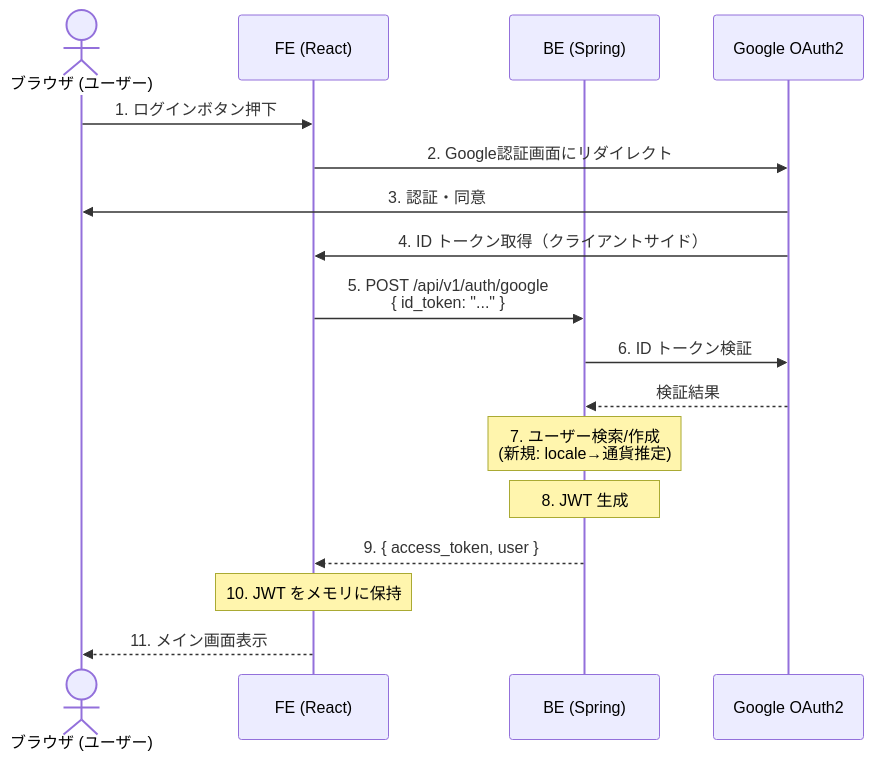
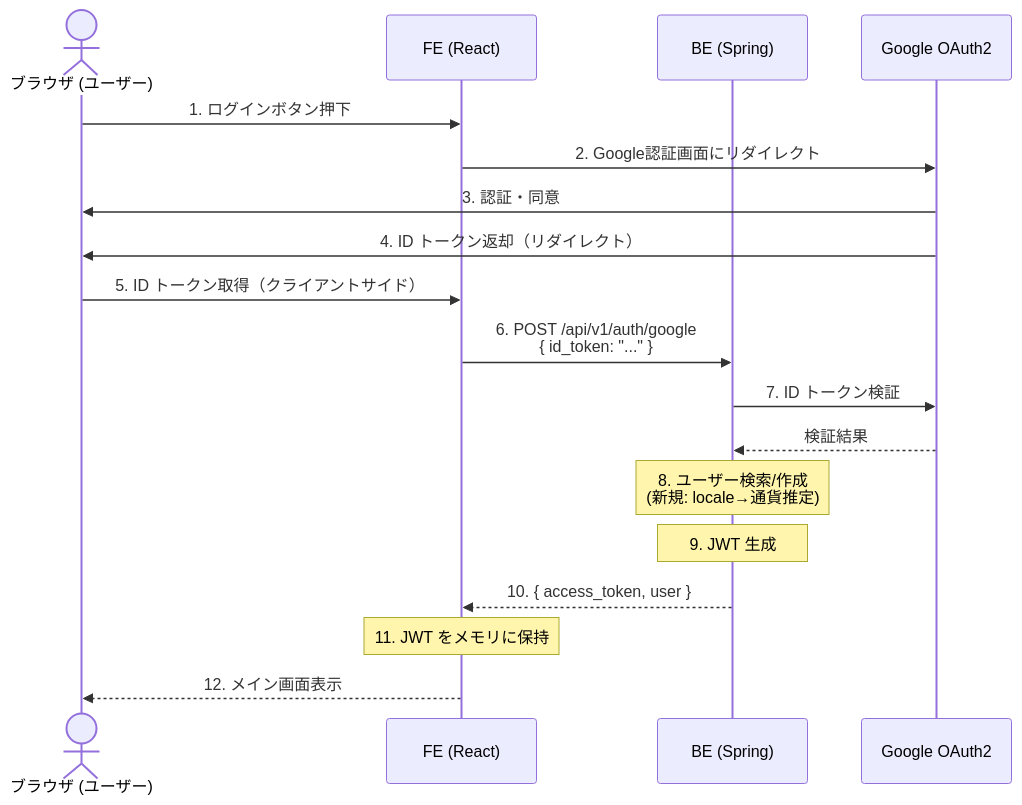
The diagram in docs/03-design/auth-design.md (youmorry/expense-tracker), drawn with Mermaid before and after one commit. The commit also changed other lines of this file, not shown here.

Commit message:
docs: 認証設計ドキュメントのレビュー指摘を修正
- シーケンス図のIDトークン返却フローを正確に修正（Google→User→FE）
- 不要なGOOGLE_CLIENT_SECRET環境変数を削除（Implicit FlowではClient Secret不要）

````diff
--- a/docs/03-design/auth-design.md
+++ b/docs/03-design/auth-design.md
@@ -12,20 +12,21 @@
 ```mermaid
 sequenceDiagram
     actor User as ブラウザ (ユーザー)
     participant FE as FE (React)
     participant BE as BE (Spring)
     participant Google as Google OAuth2
 
     User->>FE: 1. ログインボタン押下
     FE->>Google: 2. Google認証画面にリダイレクト
     Google->>User: 3. 認証・同意
-    Google->>FE: 4. ID トークン取得（クライアントサイド）
-    FE->>BE: 5. POST /api/v1/auth/google<br>{ id_token: "..." }
-    BE->>Google: 6. ID トークン検証
+    Google->>User: 4. ID トークン返却（リダイレクト）
+    User->>FE: 5. ID トークン取得（クライアントサイド）
+    FE->>BE: 6. POST /api/v1/auth/google<br>{ id_token: "..." }
+    BE->>Google: 7. ID トークン検証
     Google-->>BE: 検証結果
-    Note over BE: 7. ユーザー検索/作成<br>(新規: locale→通貨推定)
-    Note over BE: 8. JWT 生成
-    BE-->>FE: 9. { access_token, user }
-    Note over FE: 10. JWT をメモリに保持
-    FE-->>User: 11. メイン画面表示
+    Note over BE: 8. ユーザー検索/作成<br>(新規: locale→通貨推定)
+    Note over BE: 9. JWT 生成
+    BE-->>FE: 10. { access_token, user }
+    Note over FE: 11. JWT をメモリに保持
+    FE-->>User: 12. メイン画面表示
 ```
````
